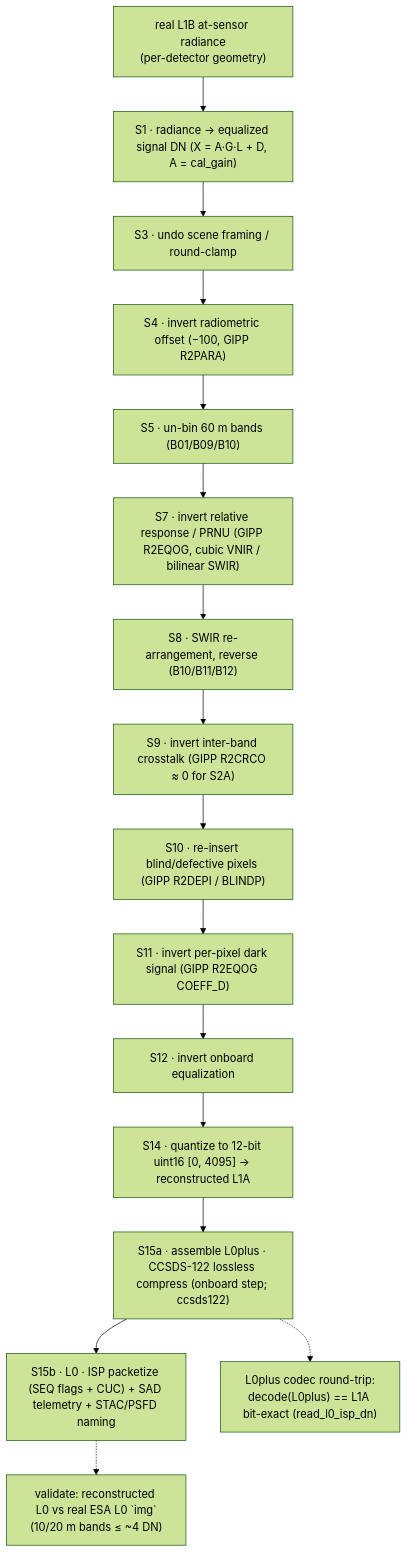
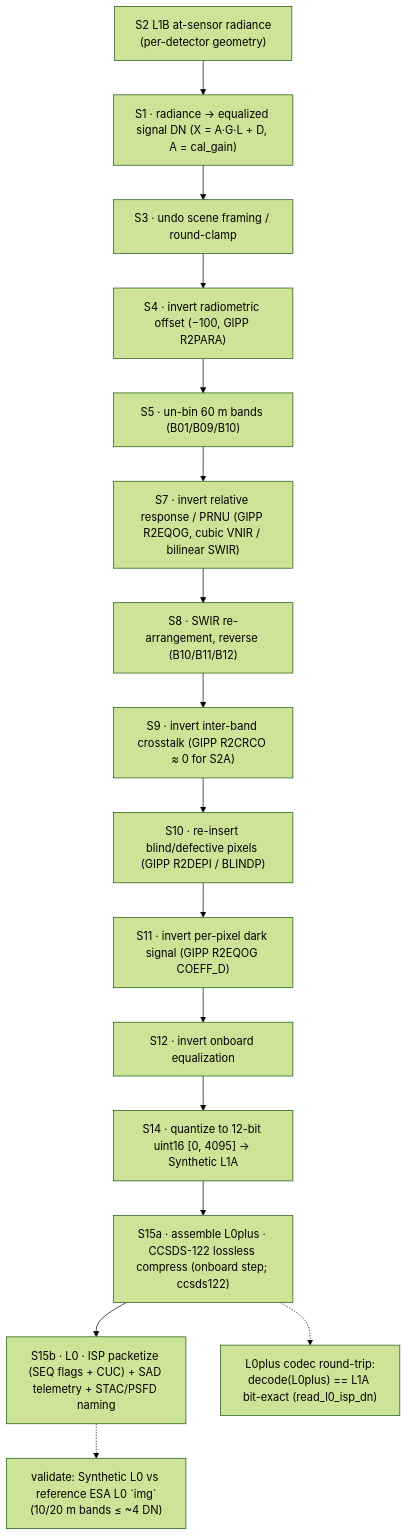
One commit to AstroCan17/s2-msi-raw-generator changed the diagram in docs/dpm/introduction.md. Above: the diagram before and after it, drawn with Mermaid (forest theme). The commit also changed other lines of this file and 85 other files, not shown here.

````diff
--- a/docs/dpm/introduction.md
+++ b/docs/dpm/introduction.md
@@ -35,22 +35,22 @@
 ```mermaid
 flowchart TD
-    IN["real L1B at-sensor radiance<br/>(per-detector geometry)"]
+    IN["S2 L1B at-sensor radiance<br/>(per-detector geometry)"]
     S1["S1 · radiance → equalized signal DN (X = A·G·L + D, A = cal_gain)"]
     S3["S3 · undo scene framing / round-clamp"]
     S4["S4 · invert radiometric offset (−100, GIPP R2PARA)"]
     S5["S5 · un-bin 60 m bands (B01/B09/B10)"]
     S7["S7 · invert relative response / PRNU (GIPP R2EQOG, cubic VNIR / bilinear SWIR)"]
     S8["S8 · SWIR re-arrangement, reverse (B10/B11/B12)"]
     S9["S9 · invert inter-band crosstalk (GIPP R2CRCO ≈ 0 for S2A)"]
     S10["S10 · re-insert blind/defective pixels (GIPP R2DEPI / BLINDP)"]
     S11["S11 · invert per-pixel dark signal (GIPP R2EQOG COEFF_D)"]
     S12["S12 · invert onboard equalization"]
-    S14["S14 · quantize to 12-bit uint16 [0, 4095] → reconstructed L1A"]
+    S14["S14 · quantize to 12-bit uint16 [0, 4095] → Synthetic L1A"]
     S15a["S15a · assemble L0plus · CCSDS-122 lossless compress (onboard step; ccsds122)"]
     S15b["S15b · L0 · ISP packetize (SEQ flags + CUC) + SAD telemetry + STAC/PSFD naming"]
     GD["L0plus codec round-trip:<br/>decode(L0plus) == L1A bit-exact (read_l0_isp_dn)"]
-    VAL["validate: reconstructed L0 vs real ESA L0 `img`<br/>(10/20 m bands ≤ ~4 DN)"]
+    VAL["validate: Synthetic L0 vs reference ESA L0 `img`<br/>(10/20 m bands ≤ ~4 DN)"]
     IN --> S1 --> S3 --> S4 --> S5 --> S7 --> S8 --> S9 --> S10 --> S11 --> S12 --> S14 --> S15a --> S15b
     S15a -.-> GD
     S15b -.-> VAL
 ```
````
